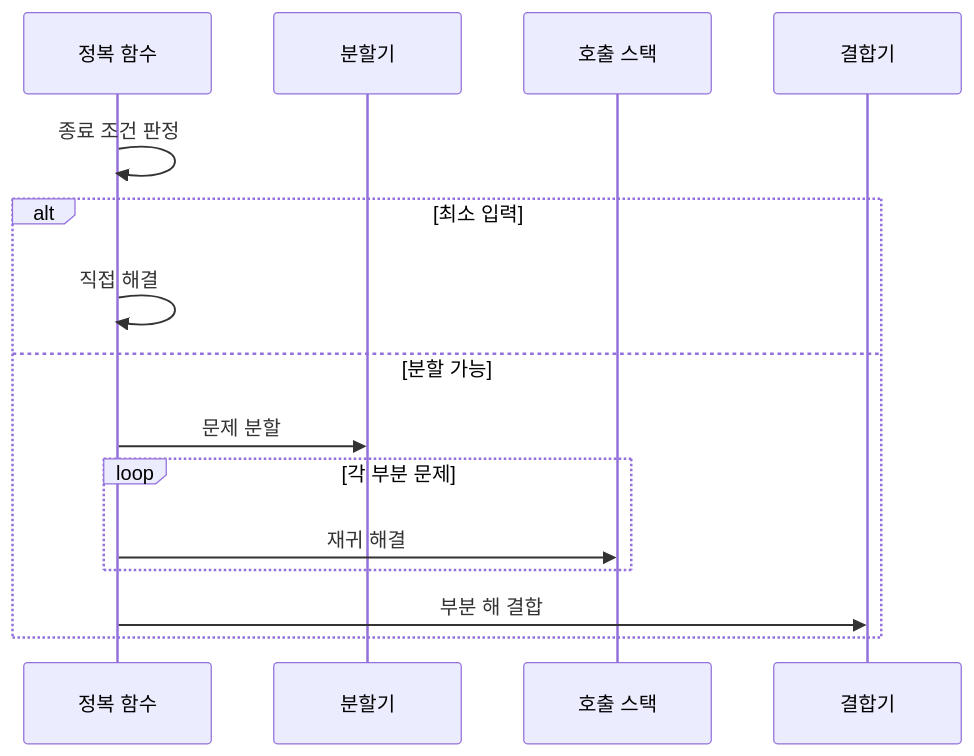
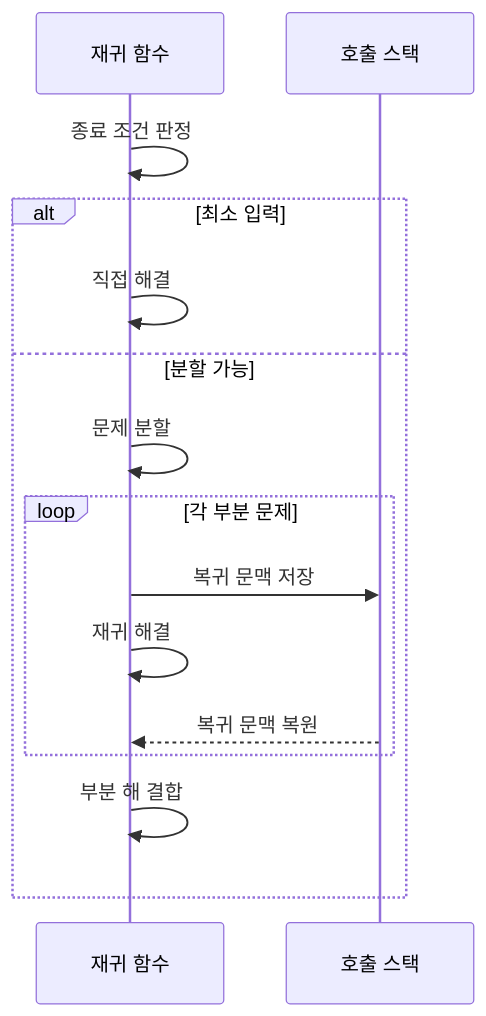
One commit to agnusdei1207/knowledge-base changed the diagram in src/content/docs/notes/01-basic-theory/014_divide_and_conquer.md. Above: the diagram before and after it, drawn with Mermaid. The commit also changed other lines of this file and 7 other files, not shown here.

````diff
--- a/src/content/docs/notes/01-basic-theory/014_divide_and_conquer.md
+++ b/src/content/docs/notes/01-basic-theory/014_divide_and_conquer.md
@@ -80,17 +77,17 @@
 ```mermaid
 sequenceDiagram
-    participant C as 정복 함수
-    participant S as 분할기
+    participant C as 재귀 함수
     participant K as 호출 스택
-    participant M as 결합기
     C->>C: 종료 조건 판정
     alt 최소 입력
         C->>C: 직접 해결
     else 분할 가능
-        C->>S: 문제 분할
+        C->>C: 문제 분할
         loop 각 부분 문제
-            C->>K: 재귀 해결
+            C->>K: 복귀 문맥 저장
+            C->>C: 재귀 해결
+            K-->>C: 복귀 문맥 복원
         end
-        C->>M: 부분 해 결합
+        C->>C: 부분 해 결합
     end
 ```
````
